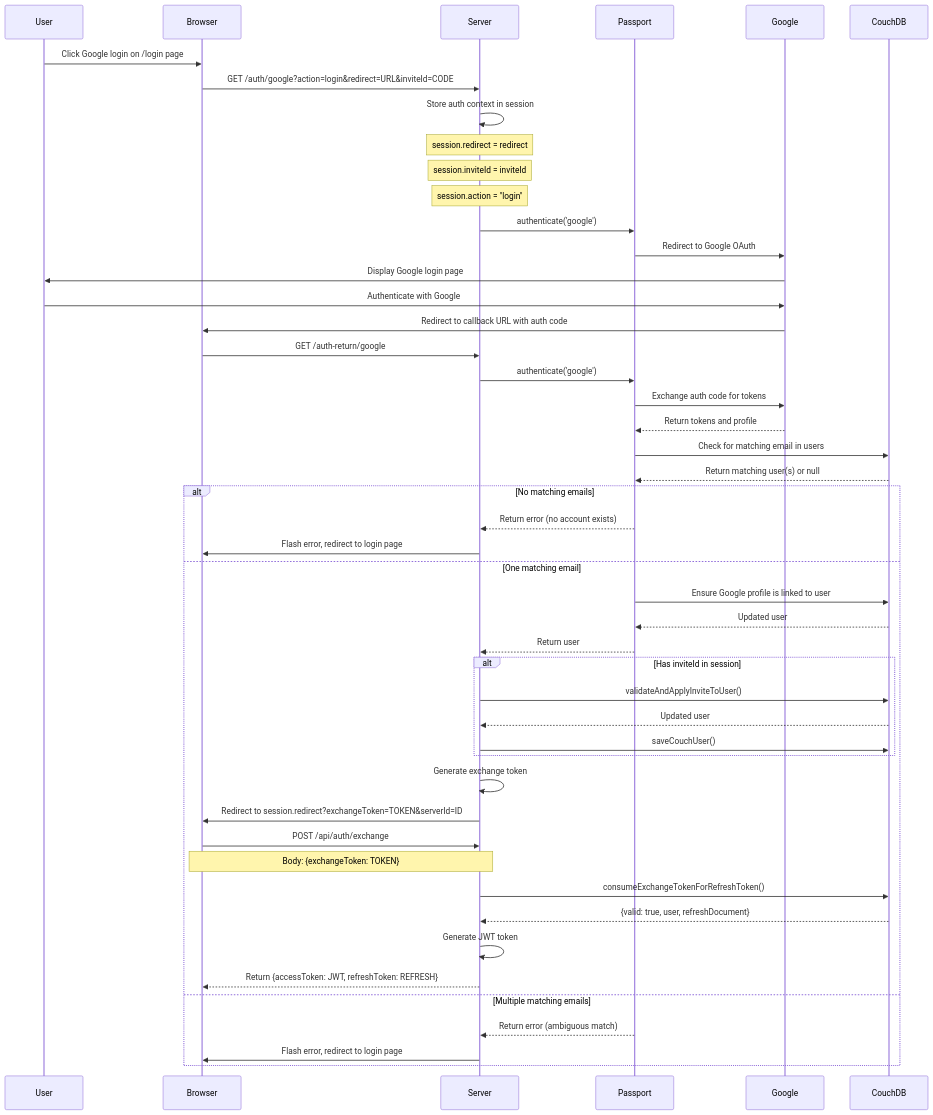
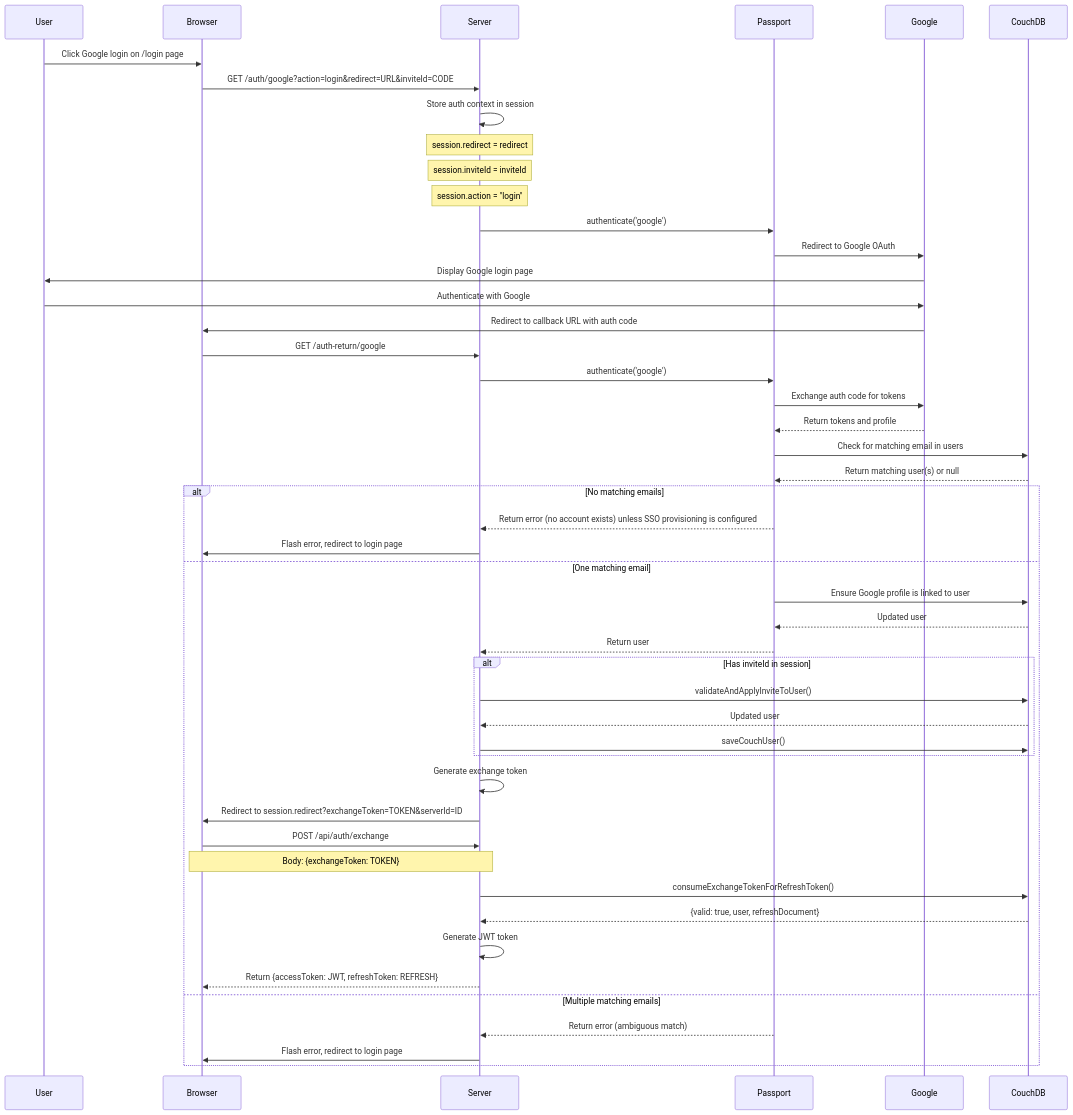
The fourth of 5 diagrams in docs/developer/docs/source/markdown/Authorisation/PassportAuth.md (FAIMS/FAIMS3), drawn with Mermaid before and after one commit. The commit also changed 1 other file, not shown here.

Commit message:
update docs and sample .env

````diff
--- a/docs/developer/docs/source/markdown/Authorisation/PassportAuth.md
+++ b/docs/developer/docs/source/markdown/Authorisation/PassportAuth.md
@@ -247,61 +247,61 @@
 ```mermaid
 sequenceDiagram
     participant User
     participant Browser
     participant Server
     participant Passport
     participant Google
     participant CouchDB
 
     User->>Browser: Click Google login on /login page
     Browser->>Server: GET /auth/google?action=login&redirect=URL&inviteId=CODE
 
     Server->>Server: Store auth context in session
     Note over Server: session.redirect = redirect
     Note over Server: session.inviteId = inviteId
     Note over Server: session.action = "login"
 
     Server->>Passport: authenticate('google')
     Passport->>Google: Redirect to Google OAuth
     Google->>User: Display Google login page
     User->>Google: Authenticate with Google
     Google->>Browser: Redirect to callback URL with auth code
 
     Browser->>Server: GET /auth-return/google
     Server->>Passport: authenticate('google')
     Passport->>Google: Exchange auth code for tokens
     Google-->>Passport: Return tokens and profile
 
     Passport->>CouchDB: Check for matching email in users
     CouchDB-->>Passport: Return matching user(s) or null
 
     alt No matching emails
-        Passport-->>Server: Return error (no account exists)
+        Passport-->>Server: Return error (no account exists) unless SSO provisioning is configured
         Server->>Browser: Flash error, redirect to login page
     else One matching email
         Passport->>CouchDB: Ensure Google profile is linked to user
         CouchDB-->>Passport: Updated user
         Passport-->>Server: Return user
 
         alt Has inviteId in session
             Server->>CouchDB: validateAndApplyInviteToUser()
             CouchDB-->>Server: Updated user
             Server->>CouchDB: saveCouchUser()
         end
 
         Server->>Server: Generate exchange token
         Server->>Browser: Redirect to session.redirect?exchangeToken=TOKEN&serverId=ID
 
         Browser->>Server: POST /api/auth/exchange
         Note over Browser,Server: Body: {exchangeToken: TOKEN}
 
         Server->>CouchDB: consumeExchangeTokenForRefreshToken()
         CouchDB-->>Server: {valid: true, user, refreshDocument}
 
         Server->>Server: Generate JWT token
         Server-->>Browser: Return {accessToken: JWT, refreshToken: REFRESH}
     else Multiple matching emails
         Passport-->>Server: Return error (ambiguous match)
         Server->>Browser: Flash error, redirect to login page
     end
 ```
````
